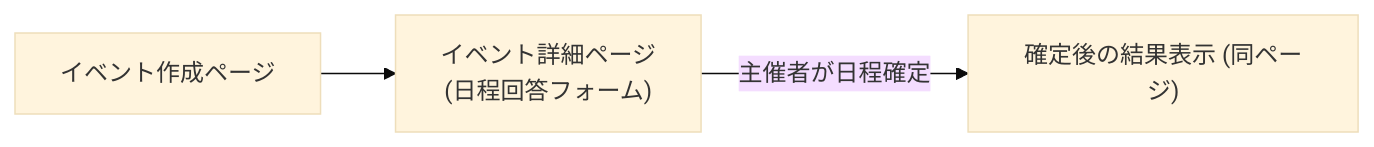
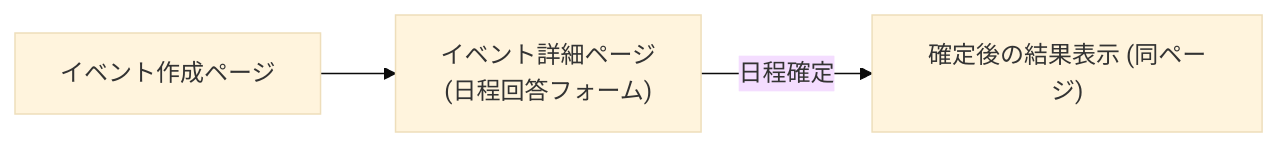
Before and after one commit to takemasa32/multi-schedule-app: the diagram in specifications/specification-full.md, drawn with Mermaid (base theme). The commit also changed other lines of this file and 4 other files, not shown here.

````diff
--- a/specifications/specification-full.md
+++ b/specifications/specification-full.md
@@ -70,6 +70,6 @@
 ```mermaid
 flowchart LR
   A["イベント作成ページ"] --> B["イベント詳細ページ<br/>(日程回答フォーム)"]
-  B -- 主催者が日程確定 --> C["確定後の結果表示 (同ページ)"]
+  B -- 日程確定 --> C["確定後の結果表示 (同ページ)"]
 
 ```
````
